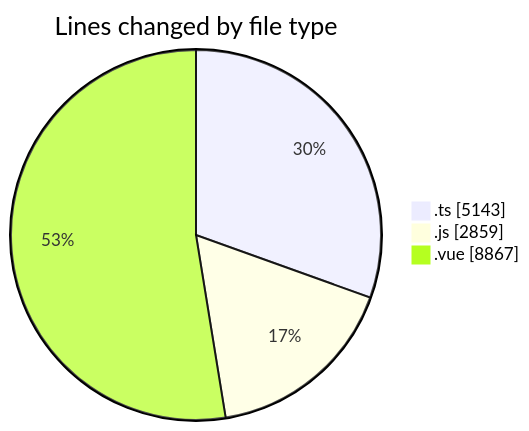
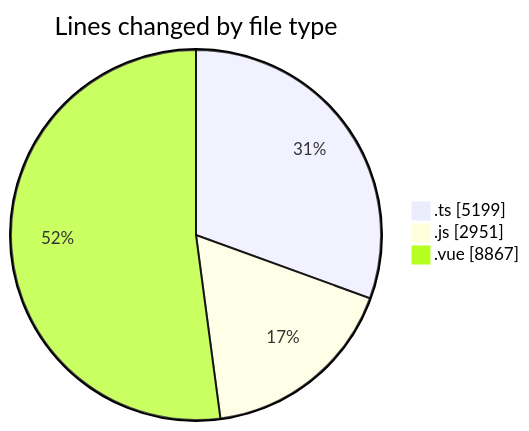
Before and after one commit to lephambinh05/code-tracking: the first of 2 diagrams in 2025-08-16/rentotp/README.md, drawn with Mermaid. The commit also changed other lines of this file and 1 other file, not shown here.

````diff
--- a/2025-08-16/rentotp/README.md
+++ b/2025-08-16/rentotp/README.md
@@ -71,7 +73,7 @@
 ```mermaid
 pie showData
 title Lines changed by file type
-".ts" : 5143
-".js" : 2859
+".ts" : 5199
+".js" : 2951
 ".vue" : 8867
 ```
````
